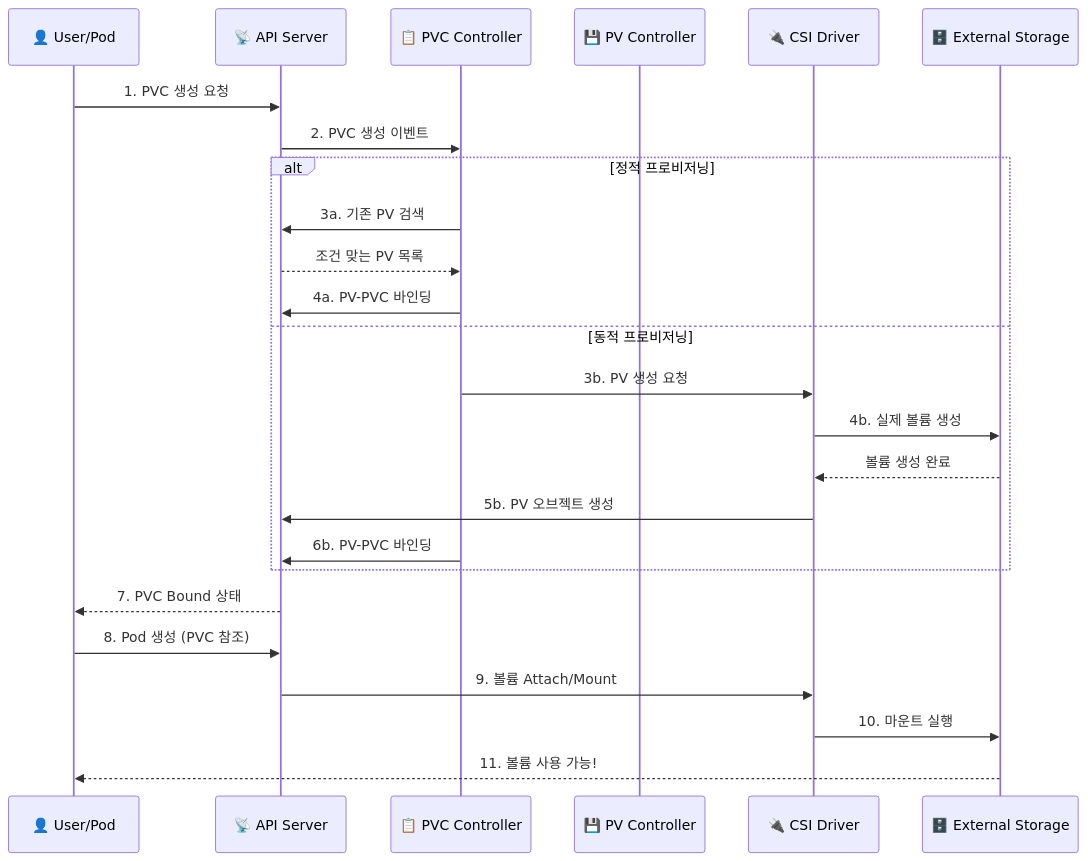
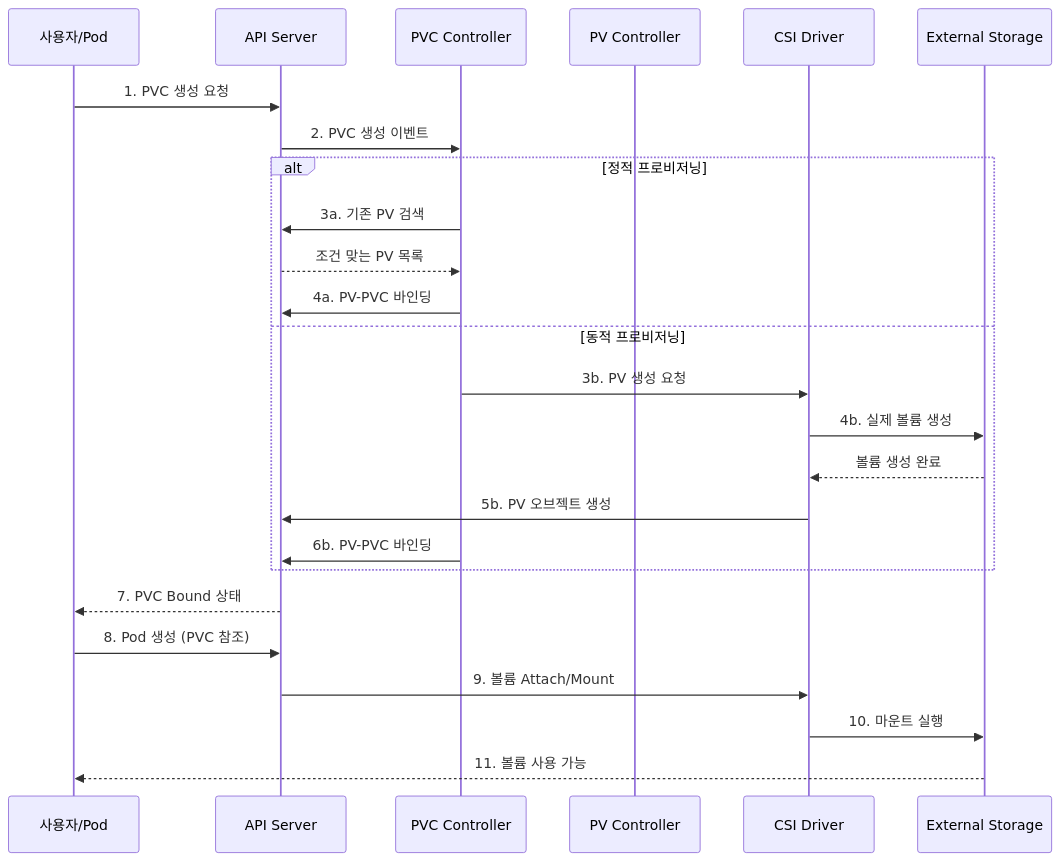
One commit to vanillacake369/vanillacake369.github.io changed the first of 3 diagrams in src/content/posts/CKA - Storage PV PVC StorageClass.md. Above: the diagram before and after it, drawn with Mermaid. The commit also changed other lines of this file and 76 other files, not shown here.

````diff
--- a/src/content/posts/CKA - Storage PV PVC StorageClass.md
+++ b/src/content/posts/CKA - Storage PV PVC StorageClass.md
@@ -121,35 +131,30 @@
 ```mermaid
-
-%% ========================================
-%% 4. Control Loop 동작 순서도
-%% ========================================
-
 sequenceDiagram
-    participant User as 👤 User/Pod
-    participant API as 📡 API Server
-    participant PVC as 📋 PVC Controller
-    participant PV as 💾 PV Controller
-    participant CSI as 🔌 CSI Driver
-    participant Storage as 🗄️ External Storage
+    participant User as 사용자/Pod
+    participant API as API Server
+    participant PVC as PVC Controller
+    participant PV as PV Controller
+    participant CSI as CSI Driver
+    participant Storage as External Storage
 
     User->>API: 1. PVC 생성 요청
     API->>PVC: 2. PVC 생성 이벤트
 
     alt 정적 프로비저닝
         PVC->>API: 3a. 기존 PV 검색
         API-->>PVC: 조건 맞는 PV 목록
         PVC->>API: 4a. PV-PVC 바인딩
     else 동적 프로비저닝
         PVC->>CSI: 3b. PV 생성 요청
         CSI->>Storage: 4b. 실제 볼륨 생성
         Storage-->>CSI: 볼륨 생성 완료
         CSI->>API: 5b. PV 오브젝트 생성
         PVC->>API: 6b. PV-PVC 바인딩
     end
 
     API-->>User: 7. PVC Bound 상태
     User->>API: 8. Pod 생성 (PVC 참조)
     API->>CSI: 9. 볼륨 Attach/Mount
     CSI->>Storage: 10. 마운트 실행
-    Storage-->>User: 11. 볼륨 사용 가능!
+    Storage-->>User: 11. 볼륨 사용 가능
 ```
````
